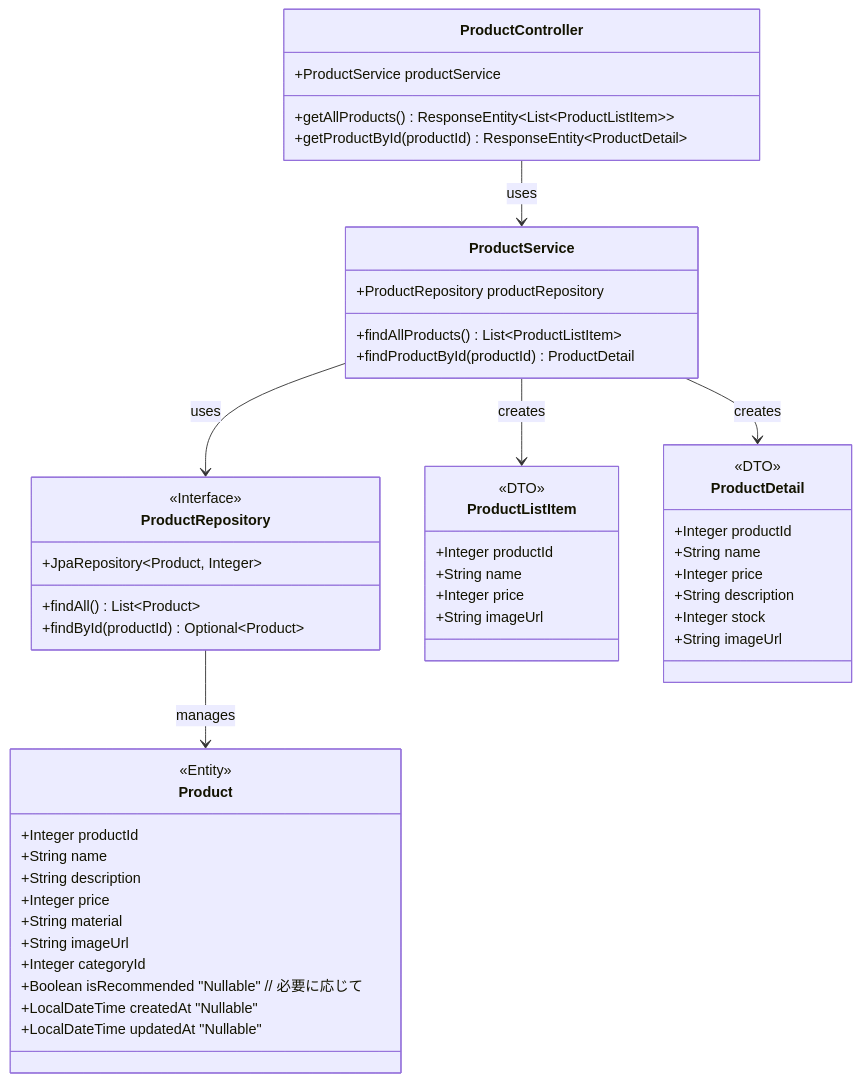
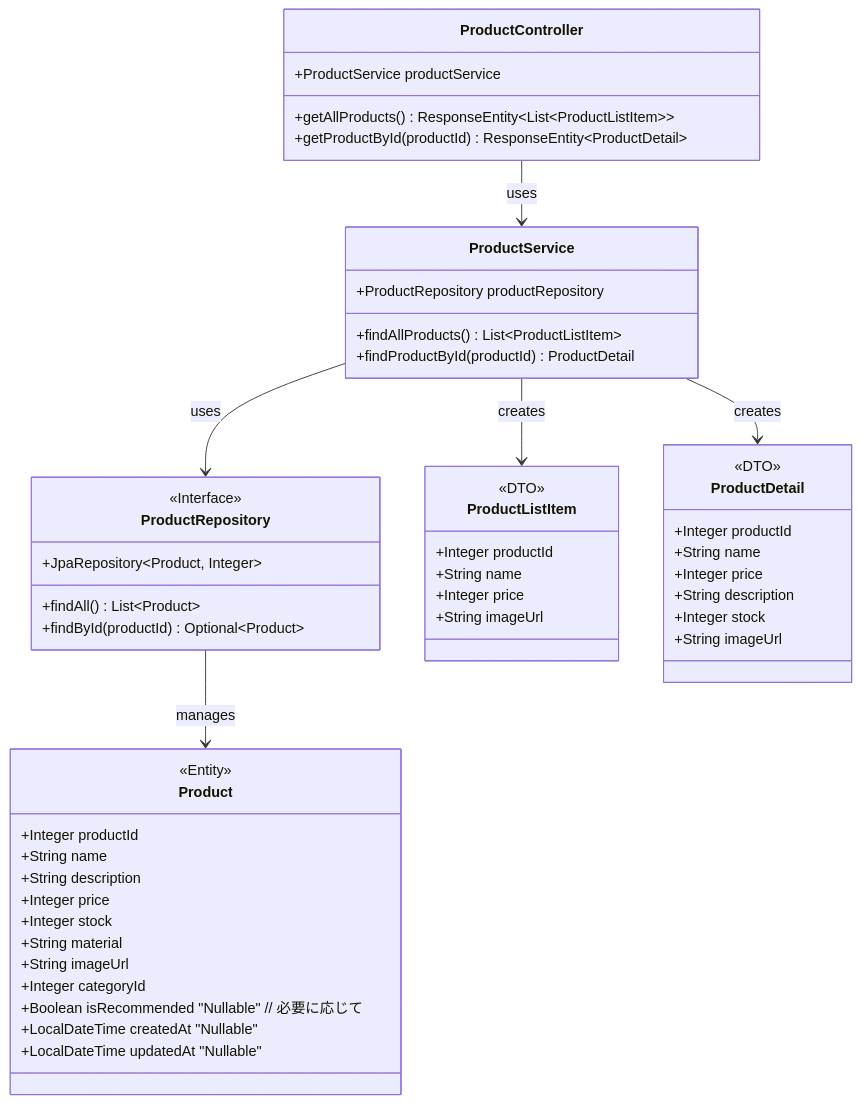
Before and after one commit to natsumiumeda/Jobs: the eighth of 12 diagrams in 詳細設計/詳細設計書.md, drawn with Mermaid.

```diff
--- a/詳細設計/詳細設計書.md
+++ b/詳細設計/詳細設計書.md
@@ -391,67 +391,68 @@
 <div class="mermaid">
 classDiagram
     %% Controller
     class ProductController {
         +ProductService productService
         +getAllProducts() ResponseEntity~List~ProductListItem~~
         +getProductById(productId) ResponseEntity~ProductDetail~
     }
 
     %% Service
     class ProductService {
         +ProductRepository productRepository
         +findAllProducts() List~ProductListItem~
         +findProductById(productId) ProductDetail
     }
 
     %% Repository
     class ProductRepository {
         <<Interface>>
         +JpaRepository~Product, Integer~
         +findAll() List~Product~
         +findById(productId) Optional~Product~
     }
 
     %% Entity
     class Product {
         <<Entity>>
         +Integer productId
         +String name
         +String description
         +Integer price
+        +Integer stock
         +String material
         +String imageUrl
         +Integer categoryId
         
         +Boolean isRecommended "Nullable" // 必要に応じて
         +LocalDateTime createdAt "Nullable"
         +LocalDateTime updatedAt "Nullable"
     }
 
     %% DTO
     class ProductListItem {
         <<DTO>>
         +Integer productId
         +String name
         +Integer price
         +String imageUrl
     }
 
     class ProductDetail {
         <<DTO>>
         +Integer productId
         +String name
         +Integer price
         +String description
         +Integer stock
         +String imageUrl
     }
 
     %% 関係
     ProductController --> ProductService : uses
     ProductService --> ProductRepository : uses
     ProductRepository --> Product : manages
     ProductService --> ProductListItem : creates
     ProductService --> ProductDetail : creates
 
 </div>
```
